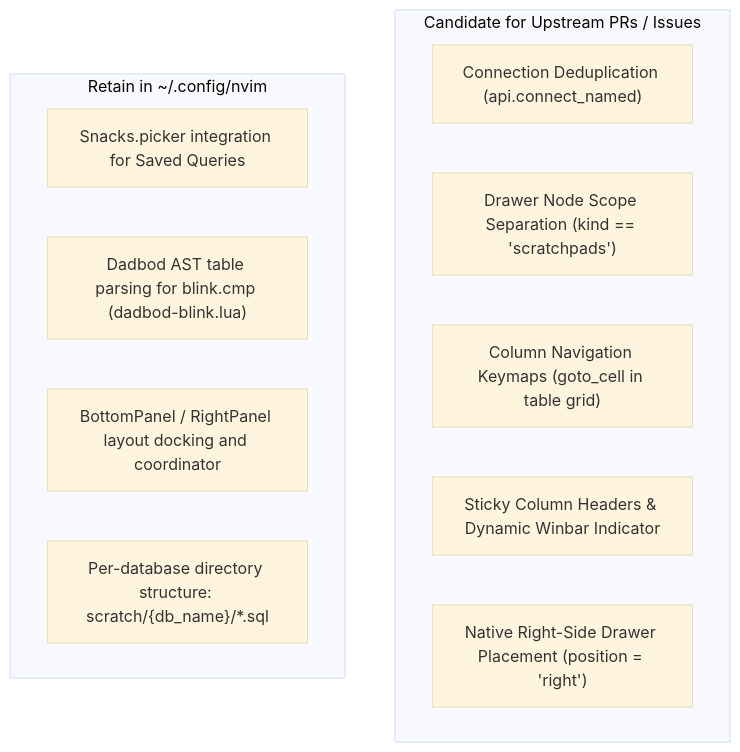
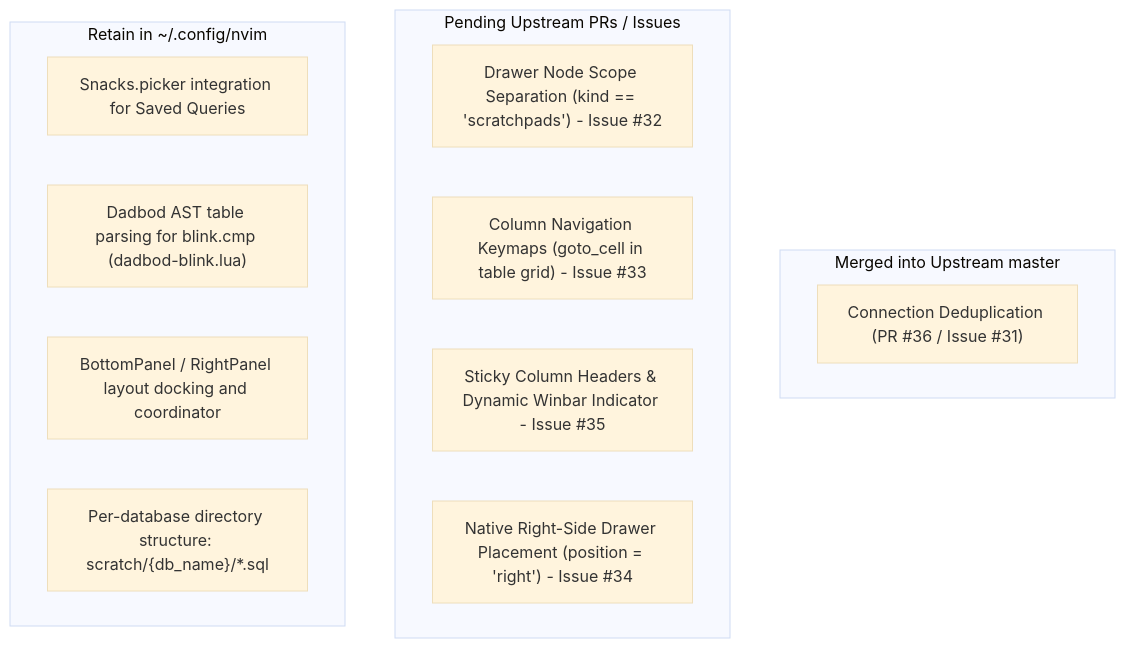
The diagram in database_agent.md (george-tk/nvim), drawn with Mermaid (base theme) before and after one commit. The commit also changed other lines of this file and 1 other file, not shown here.

Commit message:
bugfix - duplication of connections resolved internally

````diff
--- a/database_agent.md
+++ b/database_agent.md
@@ -34,17 +34,20 @@
 ```mermaid
 flowchart TD
-    subgraph Upstream Improvements [Candidate for Upstream PRs / Issues]
-        A["Connection Deduplication (api.connect_named)"]
-        B["Drawer Node Scope Separation (kind == 'scratchpads')"]
-        C["Column Navigation Keymaps (goto_cell in table grid)"]
-        D["Sticky Column Headers & Dynamic Winbar Indicator"]
-        I["Native Right-Side Drawer Placement (position = 'right')"]
+    subgraph Resolved Upstream [Merged into Upstream master]
+        A["Connection Deduplication (PR #36 / Issue #31)"]
+    end
+
+    subgraph Upstream Candidates [Pending Upstream PRs / Issues]
+        B["Drawer Node Scope Separation (kind == 'scratchpads') - Issue #32"]
+        C["Column Navigation Keymaps (goto_cell in table grid) - Issue #33"]
+        D["Sticky Column Headers & Dynamic Winbar Indicator - Issue #35"]
+        I["Native Right-Side Drawer Placement (position = 'right') - Issue #34"]
     end
 
     subgraph User Config Integrations [Retain in ~/.config/nvim]
         E["Snacks.picker integration for Saved Queries"]
         F["Dadbod AST table parsing for blink.cmp (dadbod-blink.lua)"]
         G["BottomPanel / RightPanel layout docking and coordinator"]
         H["Per-database directory structure: scratch/{db_name}/*.sql"]
     end
 ```
````
